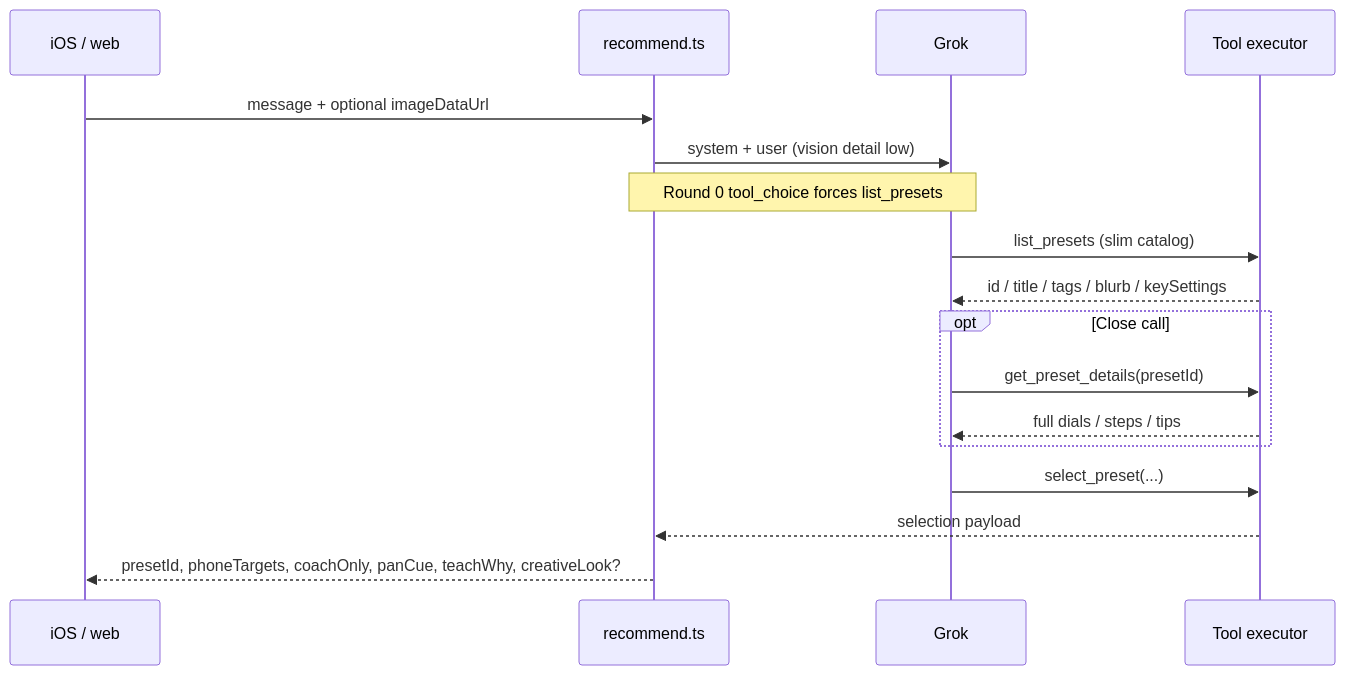
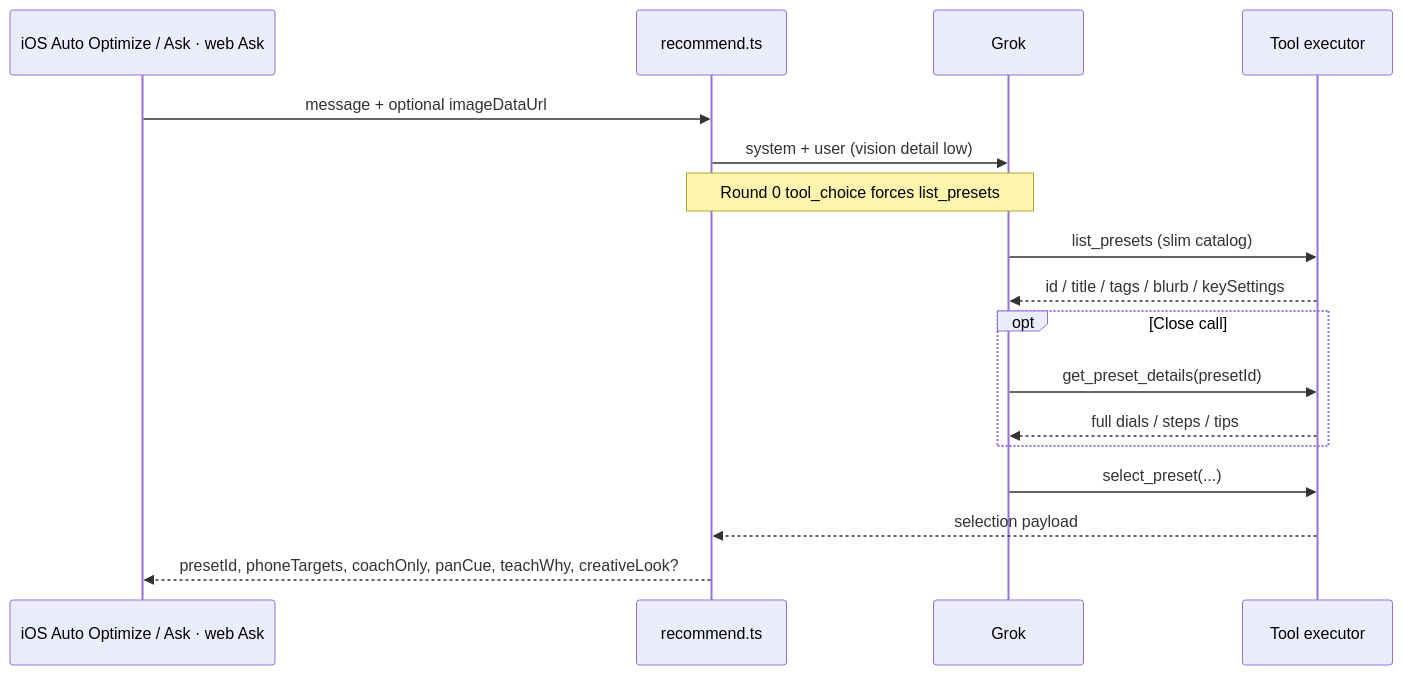
One commit to yishengjiang99/photo-recipes changed the third of 7 diagrams in docs/agentic-flow.md. Above: the diagram before and after it, drawn with Mermaid. The commit also changed other lines of this file and 1 other file, not shown here.

First line of the commit message:
docs: address agentic-flow review (Pass 1/2, failures, Verify)

````diff
--- a/docs/agentic-flow.md
+++ b/docs/agentic-flow.md
@@ -60,20 +70,20 @@
 ```mermaid
 sequenceDiagram
-  participant App as iOS / web
+  participant App as iOS Auto Optimize / Ask · web Ask
   participant API as recommend.ts
   participant Grok as Grok
   participant Tools as Tool executor
 
   App->>API: message + optional imageDataUrl
   API->>Grok: system + user (vision detail low)
   Note over API,Grok: Round 0 tool_choice forces list_presets
   Grok->>Tools: list_presets (slim catalog)
   Tools-->>Grok: id / title / tags / blurb / keySettings
   opt Close call
     Grok->>Tools: get_preset_details(presetId)
     Tools-->>Grok: full dials / steps / tips
   end
   Grok->>Tools: select_preset(...)
   Tools-->>API: selection payload
   API-->>App: presetId, phoneTargets, coachOnly, panCue, teachWhy, creativeLook?
 ```
````
